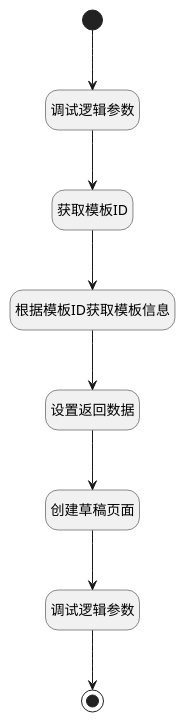
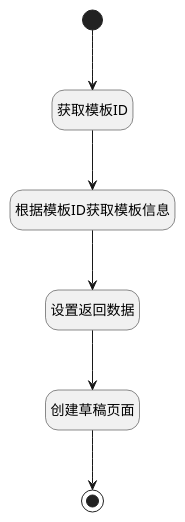
The diagram in doc/docsify/module/Wiki/article_page/logic/get_form_stencil.md (iBizLab/plm), drawn with PlantUML before and after one commit. The commit also changed other lines of this file and 1068 other files, not shown here.

````diff
--- a/doc/docsify/module/Wiki/article_page/logic/get_form_stencil.md
+++ b/doc/docsify/module/Wiki/article_page/logic/get_form_stencil.md
@@ -7,31 +7,27 @@
 ```plantuml
 @startuml
 hide empty description
 <style>
 root {
   HyperlinkColor #42b983
 }
 </style>
 
 hide empty description
 state "开始" as Begin <<start>> [[$./get_form_stencil#begin {"开始"}]]
 state "结束" as END1 <<end>> [[$./get_form_stencil#end1 {"结束"}]]
-state "调试逻辑参数" as DEBUGPARAM2  [[$./get_form_stencil#debugparam2 {"调试逻辑参数"}]]
 state "获取模板ID" as PREPAREPARAM2  [[$./get_form_stencil#prepareparam2 {"获取模板ID"}]]
 state "根据模板ID获取模板信息" as DEACTION1  [[$./get_form_stencil#deaction1 {"根据模板ID获取模板信息"}]]
 state "设置返回数据" as PREPAREPARAM1  [[$./get_form_stencil#prepareparam1 {"设置返回数据"}]]
 state "创建草稿页面" as DEACTION2  [[$./get_form_stencil#deaction2 {"创建草稿页面"}]]
-state "调试逻辑参数" as DEBUGPARAM1  [[$./get_form_stencil#debugparam1 {"调试逻辑参数"}]]
 
 
-Begin --> DEBUGPARAM2
-DEBUGPARAM2 --> PREPAREPARAM2
+Begin --> PREPAREPARAM2
 PREPAREPARAM2 --> DEACTION1
 DEACTION1 --> PREPAREPARAM1
 PREPAREPARAM1 --> DEACTION2
-DEACTION2 --> DEBUGPARAM1
-DEBUGPARAM1 --> END1
+DEACTION2 --> END1
 
 
 @enduml
 ```
````
